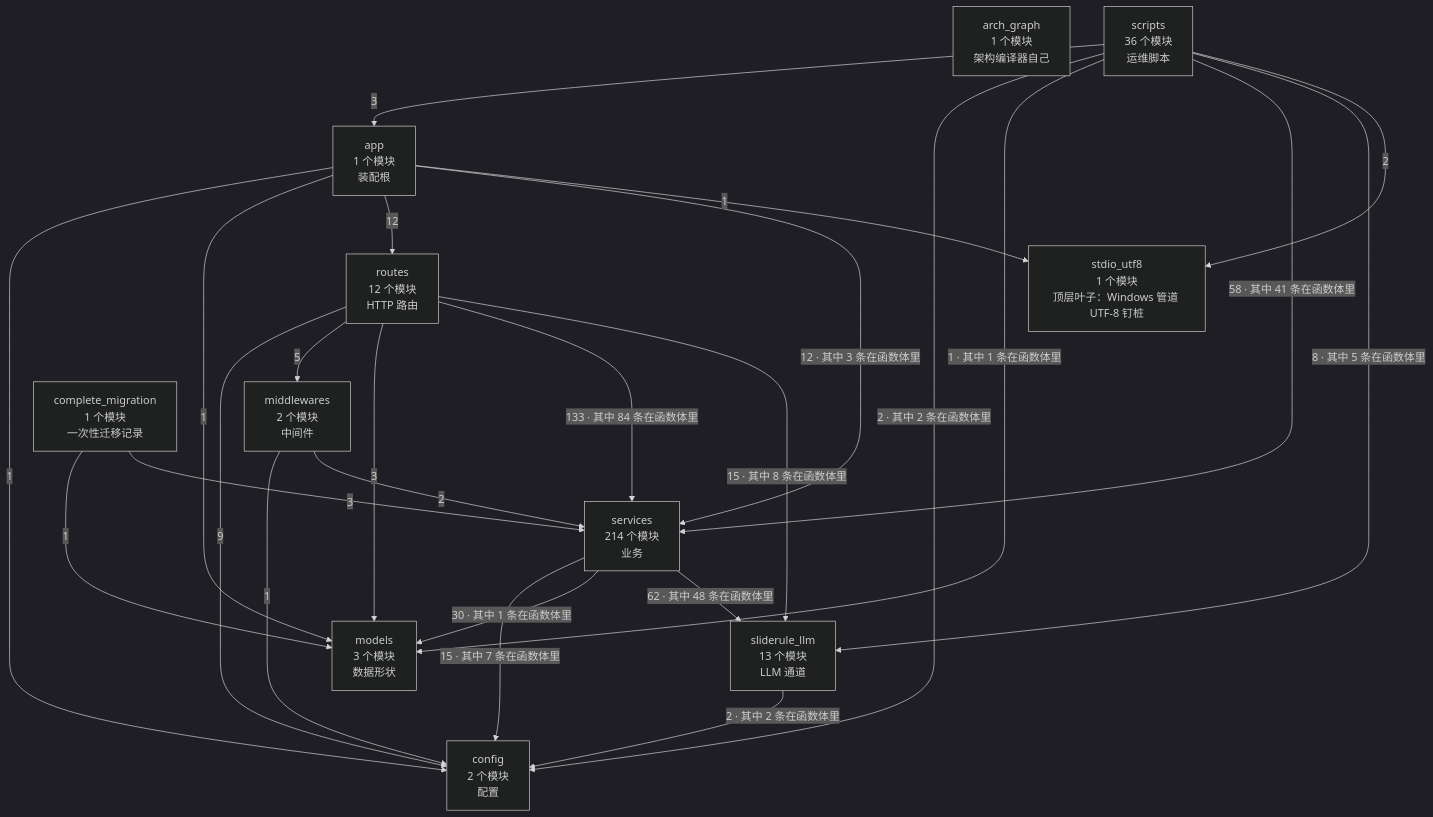
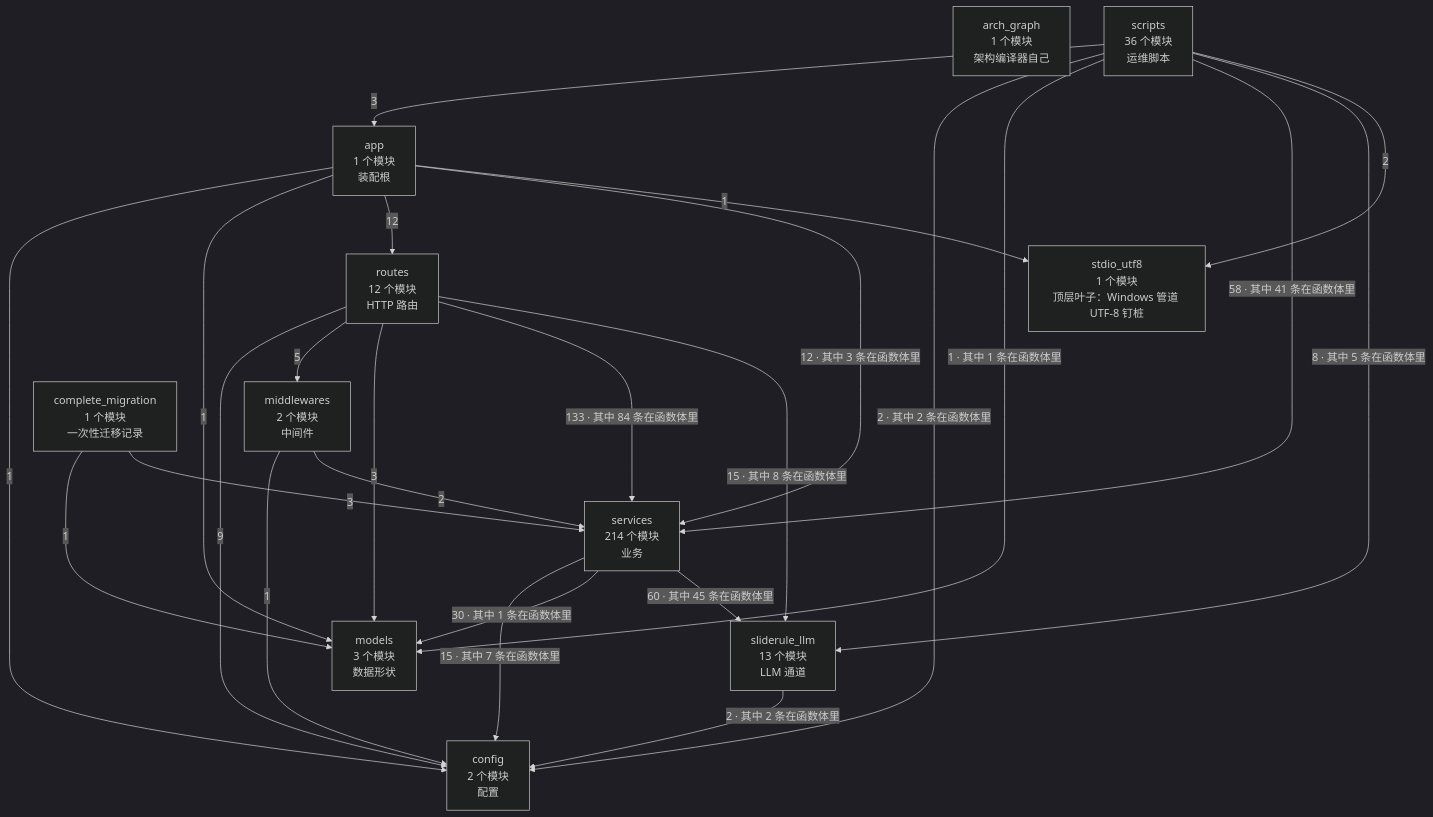
Before and after one commit to 2686521696/WhyBuddy: the second of 4 diagrams in docs/SlideRule V6.2 架构图（自动生成）.md, drawn with Mermaid (dark theme). The commit also changed other lines of this file and 21 other files, not shown here.

First line of the commit message:
显式意图不许被 hop 关键词劫持；叙述由产出决定。

````diff
--- a/docs/SlideRule V6.2 架构图（自动生成）.md
+++ b/docs/SlideRule V6.2 架构图（自动生成）.md
@@ -60,38 +60,38 @@
 ```mermaid
 flowchart TB
   arch_graph["arch_graph<br/>1 个模块<br/>架构编译器自己"]
   config["config<br/>2 个模块<br/>配置"]
   models["models<br/>3 个模块<br/>数据形状"]
   stdio_utf8["stdio_utf8<br/>1 个模块<br/>顶层叶子：Windows 管道 UTF-8 钉桩"]
   sliderule_llm["sliderule_llm<br/>13 个模块<br/>LLM 通道"]
   middlewares["middlewares<br/>2 个模块<br/>中间件"]
   services["services<br/>214 个模块<br/>业务"]
   routes["routes<br/>12 个模块<br/>HTTP 路由"]
   app["app<br/>1 个模块<br/>装配根"]
   complete_migration["complete_migration<br/>1 个模块<br/>一次性迁移记录"]
   scripts["scripts<br/>36 个模块<br/>运维脚本"]
   app -->|1| config
   app -->|1| models
   app -->|12| routes
   app -->|12 · 其中 3 条在函数体里| services
   app -->|1| stdio_utf8
   complete_migration -->|1| models
   complete_migration -->|3| services
   middlewares -->|1| config
   middlewares -->|2| services
   routes -->|9| config
   routes -->|5| middlewares
   routes -->|3| models
   routes -->|133 · 其中 84 条在函数体里| services
   routes -->|15 · 其中 8 条在函数体里| sliderule_llm
   scripts -->|3| app
   scripts -->|2 · 其中 2 条在函数体里| config
   scripts -->|1 · 其中 1 条在函数体里| models
   scripts -->|58 · 其中 41 条在函数体里| services
   scripts -->|8 · 其中 5 条在函数体里| sliderule_llm
   scripts -->|2| stdio_utf8
   services -->|15 · 其中 7 条在函数体里| config
   services -->|30 · 其中 1 条在函数体里| models
-  services -->|62 · 其中 48 条在函数体里| sliderule_llm
+  services -->|60 · 其中 45 条在函数体里| sliderule_llm
   sliderule_llm -->|2 · 其中 2 条在函数体里| config
 ```
````
